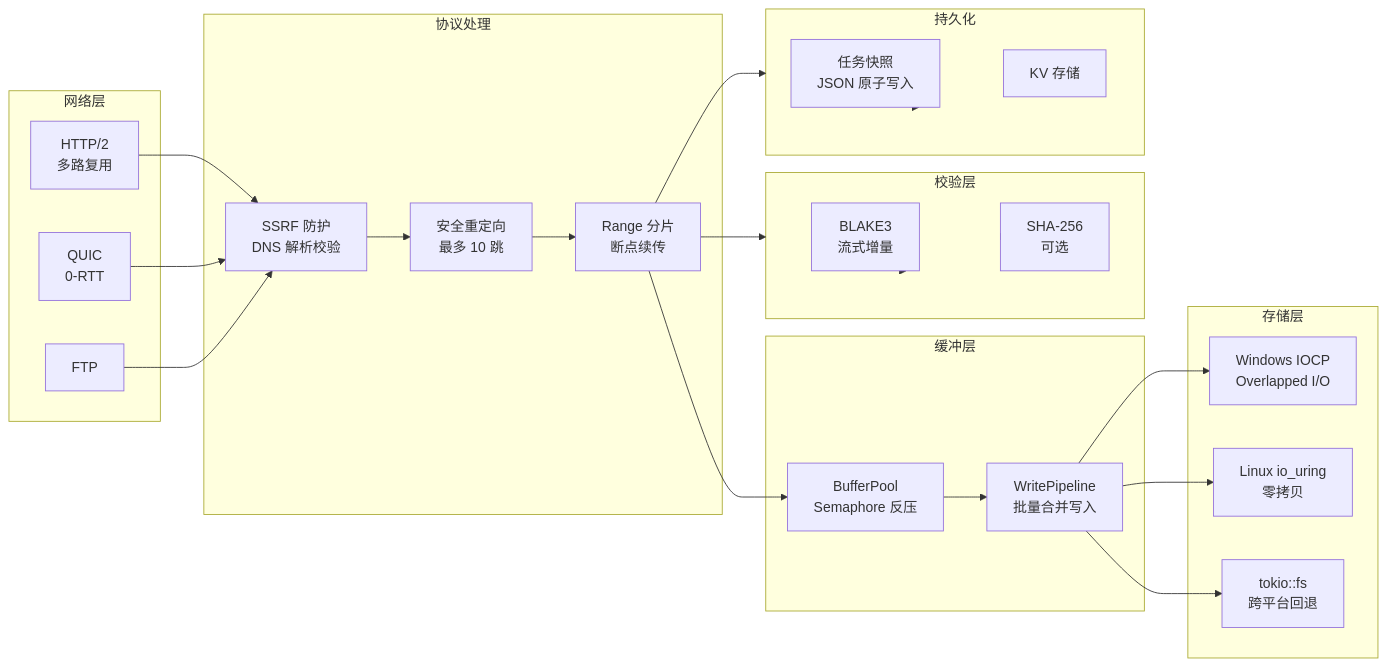
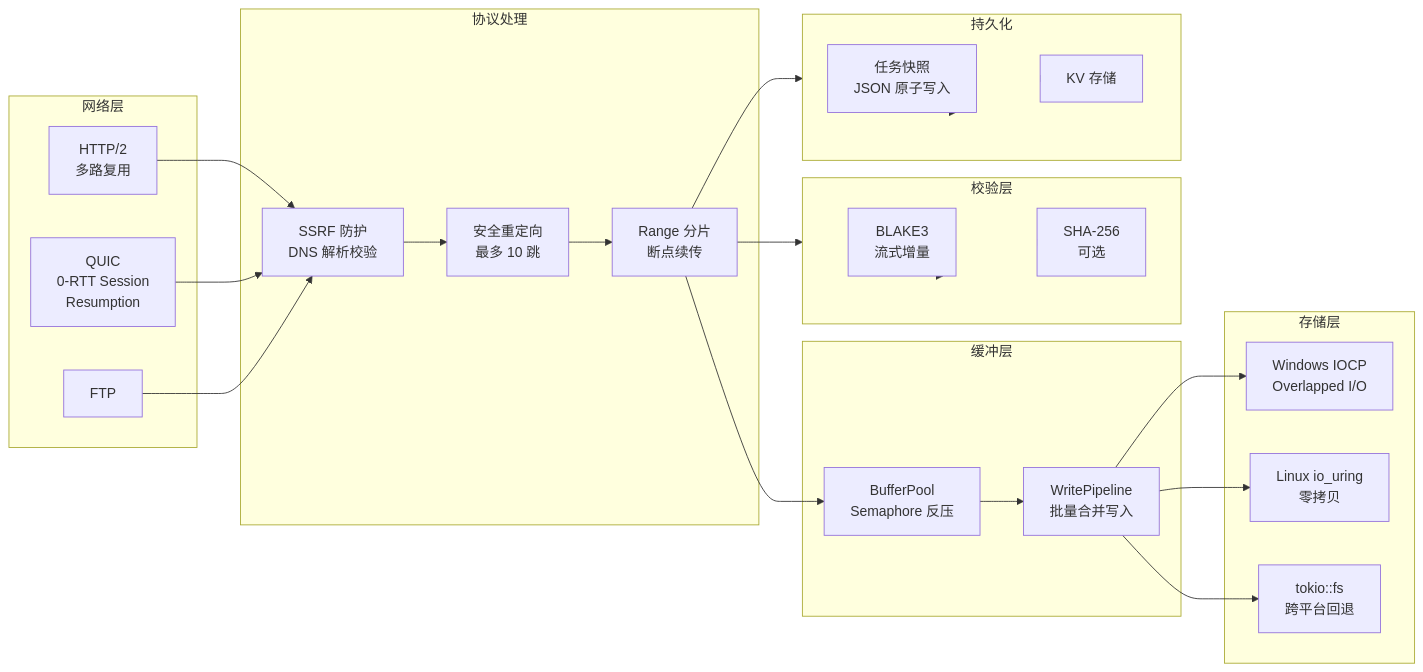
The third of 4 diagrams in README.md (baiye2941/Tachyon), drawn with Mermaid before and after one commit. The commit also changed other lines of this file and 56 other files, not shown here.

````diff
--- a/README.md
+++ b/README.md
@@ -167,52 +176,52 @@
 ```mermaid
 flowchart LR
     subgraph NET["网络层"]
         HTTP["HTTP/2<br/>多路复用"]
-        QUIC["QUIC<br/>0-RTT"]
+        QUIC["QUIC<br/>0-RTT Session<br/>Resumption"]
         FTP["FTP"]
     end
 
     subgraph PROC["协议处理"]
         SSRF["SSRF 防护<br/>DNS 解析校验"]
         REDIR["安全重定向<br/>最多 10 跳"]
         RANGE["Range 分片<br/>断点续传"]
     end
 
     subgraph BUF["缓冲层"]
         POOL["BufferPool<br/>Semaphore 反压"]
         PIPE["WritePipeline<br/>批量合并写入"]
     end
 
     subgraph DISK["存储层"]
         IOCP["Windows IOCP<br/>Overlapped I/O"]
         IOURING["Linux io_uring<br/>零拷贝"]
         TOKIO["tokio::fs<br/>跨平台回退"]
     end
 
     subgraph VERIFY["校验层"]
         BLAKE3["BLAKE3<br/>流式增量"]
         SHA256["SHA-256<br/>可选"]
     end
 
     subgraph PERSIST["持久化"]
         SNAP["任务快照<br/>JSON 原子写入"]
         KV["KV 存储"]
     end
 
     HTTP --> SSRF
     QUIC --> SSRF
     FTP --> SSRF
     SSRF --> REDIR
     REDIR --> RANGE
     RANGE --> POOL
     POOL --> PIPE
     PIPE --> IOCP
     PIPE --> IOURING
     PIPE --> TOKIO
     RANGE --> VERIFY
     VERIFY --> BLAKE3
     VERIFY --> SHA256
     RANGE --> PERSIST
     PERSIST --> SNAP
     PERSIST --> KV
 ```
````
